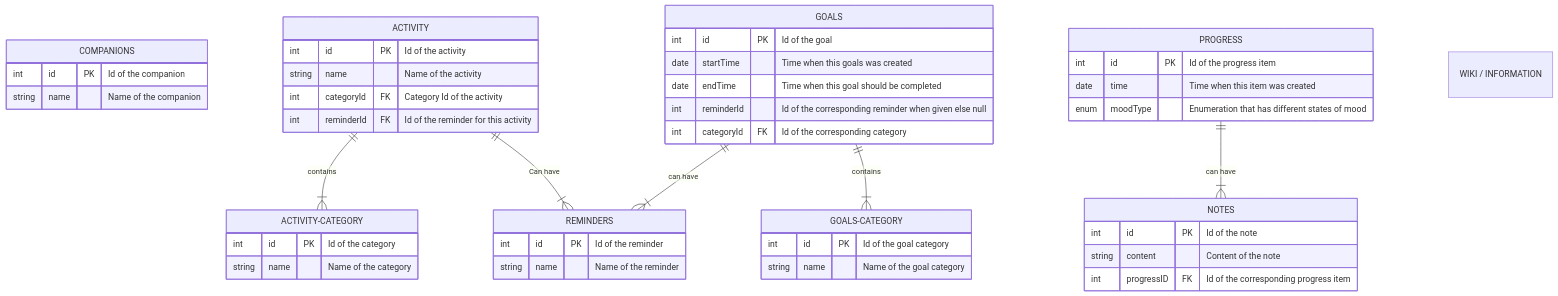
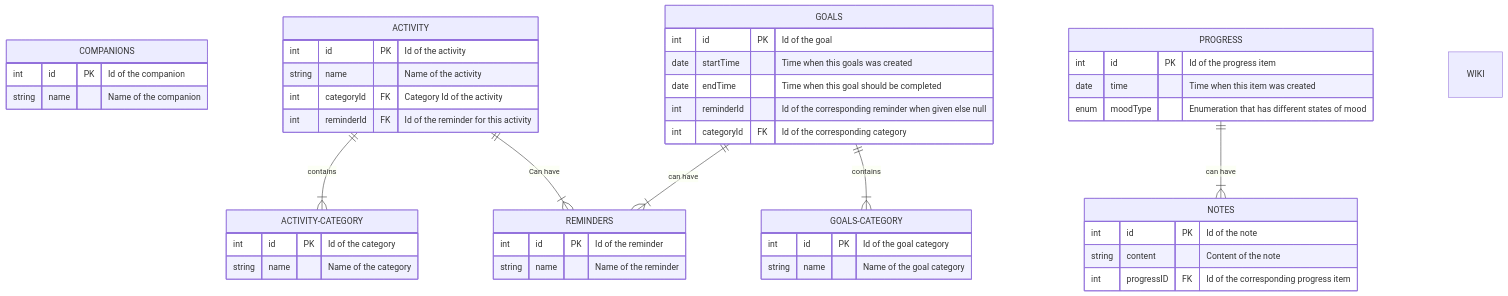
Before and after one commit to Relievely/relievely_docs: the diagram in docs/erd.md, drawn with Mermaid.

````diff
--- a/docs/erd.md
+++ b/docs/erd.md
@@ -1,55 +1,55 @@
 ```mermaid
 erDiagram
     COMPANIONS {
         int id PK "Id of the companion"
         string name "Name of the companion"
     }
     
     ACTIVITY {
         int id PK "Id of the activity"
         string name "Name of the activity"
         int categoryId FK "Category Id of the activity"
         int reminderId FK "Id of the reminder for this activity"
     }
     ACTIVITY || -- |{ ACTIVITY-CATEGORY : contains
     ACTIVITY || -- |{ REMINDERS : "Can have"
 
 
     ACTIVITY-CATEGORY {
         int id PK "Id of the category"
         string name "Name of the category"
     }
 
     GOALS {
         int id PK "Id of the goal"
         date startTime "Time when this goals was created"
         date endTime "Time when this goal should be completed"
         int reminderId "Id of the corresponding reminder when given else null"
         int categoryId FK "Id of the corresponding category"
     }
     GOALS || -- |{ GOALS-CATEGORY : contains
     GOALS-CATEGORY {
         int id PK "Id of the goal category"
         string name "Name of the goal category"
     }
     GOALS || -- |{ REMINDERS : "can have"
 
     REMINDERS {
         int id PK "Id of the reminder"
         string name "Name of the reminder"
     }
 
     PROGRESS {
         int id PK "Id of the progress item"
         date time "Time when this item was created"
         enum moodType "Enumeration that has different states of mood"
     }
     NOTES {
         int id PK "Id of the note"
         string content "Content of the note"
         int progressID FK "Id of the corresponding progress item"
     }
     PROGRESS || -- |{ NOTES : "can have"
 
-    "WIKI / INFORMATION"
+    "WIKI"
 ```
````
